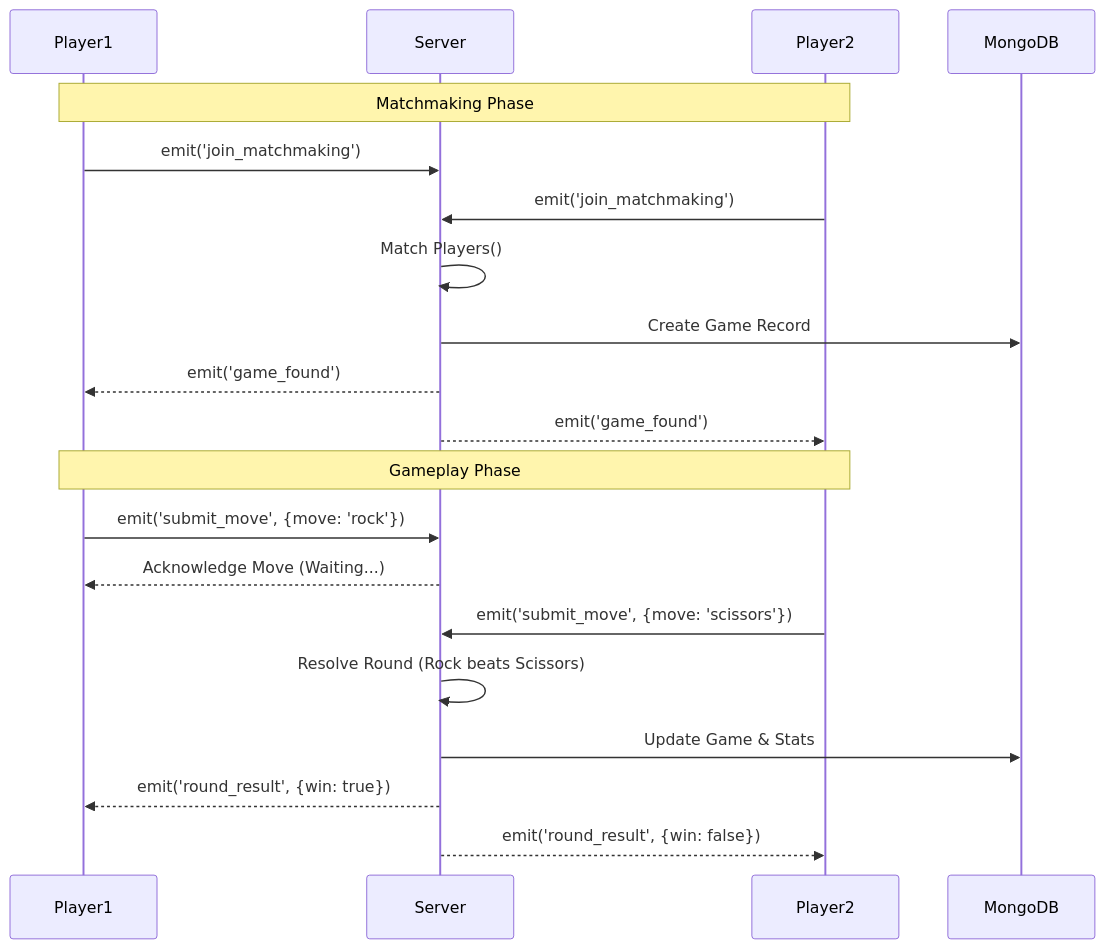
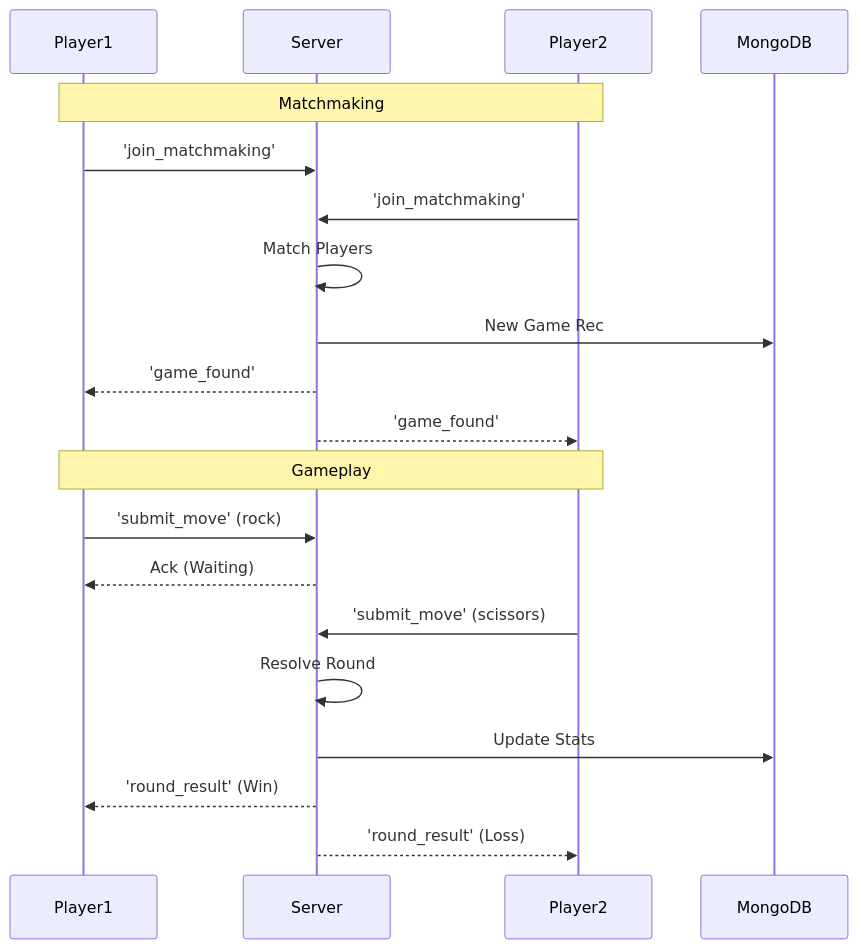
Before and after one commit to purify010622/CodSoft: the first of 2 diagrams in rock-paper-scissors/SYSTEM_ARCHITECTURE.md, drawn with Mermaid.

Commit message:
Optimize architecture diagrams layout and labels

````diff
--- a/rock-paper-scissors/SYSTEM_ARCHITECTURE.md
+++ b/rock-paper-scissors/SYSTEM_ARCHITECTURE.md
@@ -23,27 +23,27 @@
 ```mermaid
 sequenceDiagram
     participant Player1
     participant Server
     participant Player2
     participant DB as MongoDB
 
-    Note over Player1, Player2: Matchmaking Phase
-    Player1->>Server: emit('join_matchmaking')
-    Player2->>Server: emit('join_matchmaking')
-    Server->>Server: Match Players()
-    Server->>DB: Create Game Record
-    Server-->>Player1: emit('game_found')
-    Server-->>Player2: emit('game_found')
+    Note over Player1, Player2: Matchmaking
+    Player1->>Server: 'join_matchmaking'
+    Player2->>Server: 'join_matchmaking'
+    Server->>Server: Match Players
+    Server->>DB: New Game Rec
+    Server-->>Player1: 'game_found'
+    Server-->>Player2: 'game_found'
 
-    Note over Player1, Player2: Gameplay Phase
-    Player1->>Server: emit('submit_move', {move: 'rock'})
-    Server-->>Player1: Acknowledge Move (Waiting...)
+    Note over Player1, Player2: Gameplay
+    Player1->>Server: 'submit_move' (rock)
+    Server-->>Player1: Ack (Waiting)
     
-    Player2->>Server: emit('submit_move', {move: 'scissors'})
+    Player2->>Server: 'submit_move' (scissors)
     
-    Server->>Server: Resolve Round (Rock beats Scissors)
-    Server->>DB: Update Game & Stats
+    Server->>Server: Resolve Round
+    Server->>DB: Update Stats
     
-    Server-->>Player1: emit('round_result', {win: true})
-    Server-->>Player2: emit('round_result', {win: false})
+    Server-->>Player1: 'round_result' (Win)
+    Server-->>Player2: 'round_result' (Loss)
 ```
````
